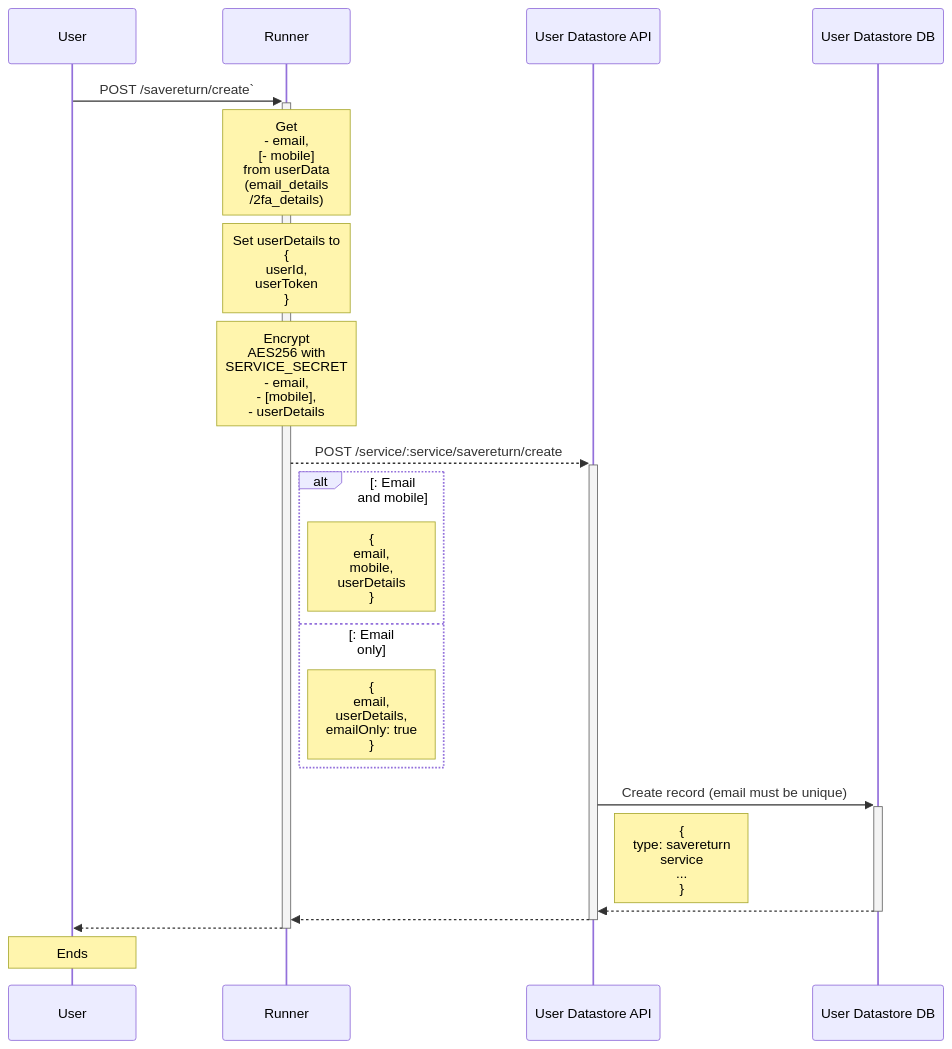
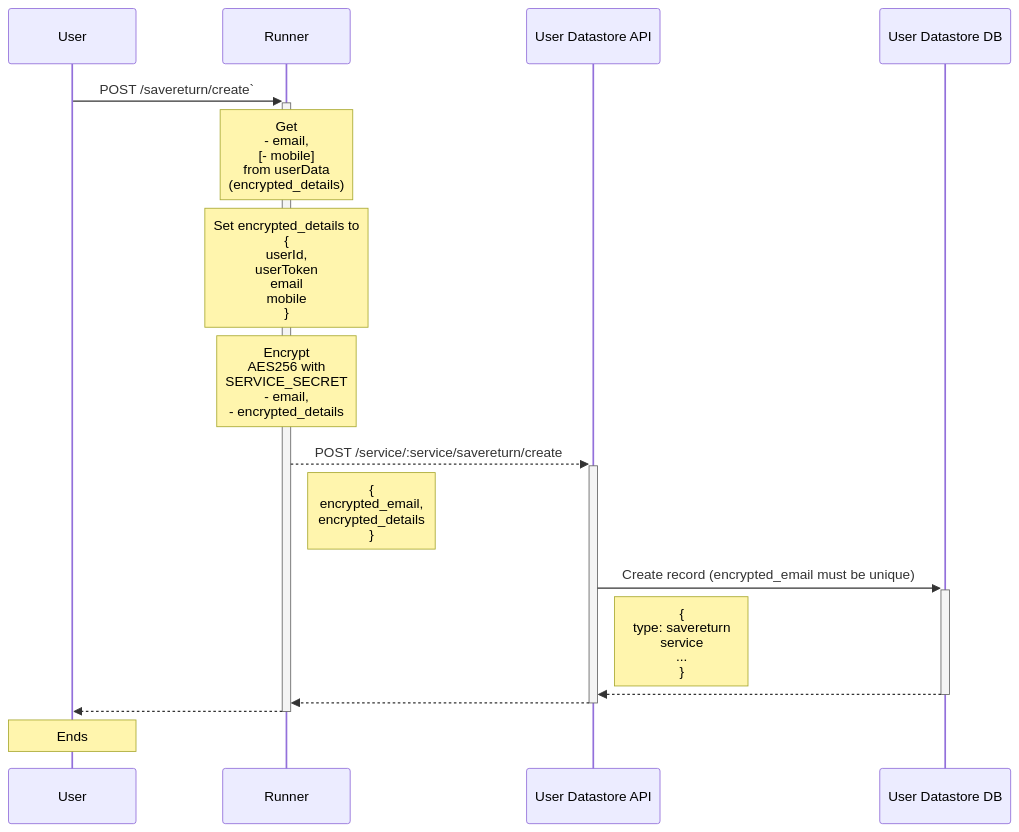
One commit to ministryofjustice/form-builder changed the diagram in documentation/running/save-and-return/files/return--setup--create-record.mmd. Above: the diagram before and after it, drawn with Mermaid. The commit also changed 29 other files, not shown here.

```diff
--- a/documentation/running/save-and-return/files/return--setup--create-record.mmd
+++ b/documentation/running/save-and-return/files/return--setup--create-record.mmd
@@ -1,41 +1,33 @@
 sequenceDiagram
 
 participant U as User
 
 participant R as Runner
 
 participant DS as User Datastore API
 
 participant DB as User Datastore DB
 
 U->>+R: POST /savereturn/create`
 
-Note over R: Get<br>- email,<br>[- mobile]<br>from userData<br>(email_details<br>/2fa_details)
+Note over R: Get<br>- email,<br>[- mobile]<br>from userData<br>(encrypted_details)
 
-Note over R: Set userDetails to<br>{<br>userId,<br>userToken<br>}
+Note over R: Set encrypted_details to<br>{<br>userId,<br>userToken<br>email<br>mobile<br>}
 
-Note over R: Encrypt <br>AES256 with <br>SERVICE_SECRET <br>- email, <br>- [mobile], <br>- userDetails
+Note over R: Encrypt <br>AES256 with <br>SERVICE_SECRET <br>- email, <br>- encrypted_details
 
 R-->>+DS: POST /service/:service/savereturn/create
 
-alt: Email and mobile
+Note right of R: {<br>encrypted_email, <br>encrypted_details<br>}
 
-  Note right of R: {<br>email,<br>mobile, <br>userDetails<br>}
-
-else: Email only
-
-  Note right of R: {<br>email,<br>userDetails, <br>emailOnly: true<br>}
-
-end
-
-DS->>+DB: Create record (email must be unique)
+DS->>+DB: Create record (encrypted_email must be unique)
 
 Note right of DS: {<br>type: savereturn<br>service<br>...<br>}
 
 DB-->>-DS: 
 
 DS-->>-R: 
 
 R-->>-U:  
 
 Note over U: Ends
```
